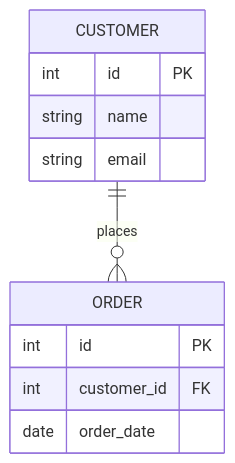
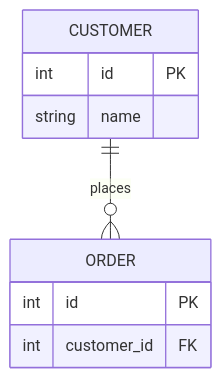
One commit to Binlogo/meraid changed the sixth of 6 diagrams in README-zh.md. Above: the diagram before and after it, drawn with Mermaid. The commit also changed other lines of this file and 19 other files, not shown here.

`````diff
--- a/README-zh.md
+++ b/README-zh.md
@@ -209,14 +222,12 @@
 ````mermaid
 erDiagram
     CUSTOMER {
         int id PK
         string name
-        string email
     }
     ORDER {
         int id PK
         int customer_id FK
-        date order_date
     }
     CUSTOMER ||--o{ ORDER : places
 ````
`````
